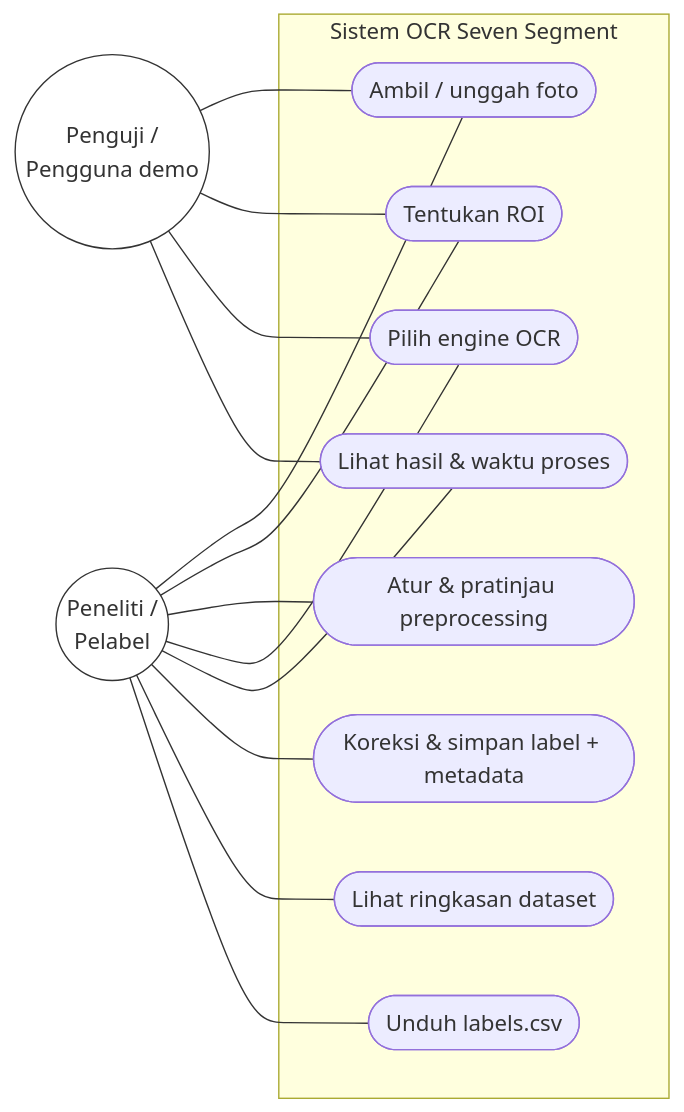
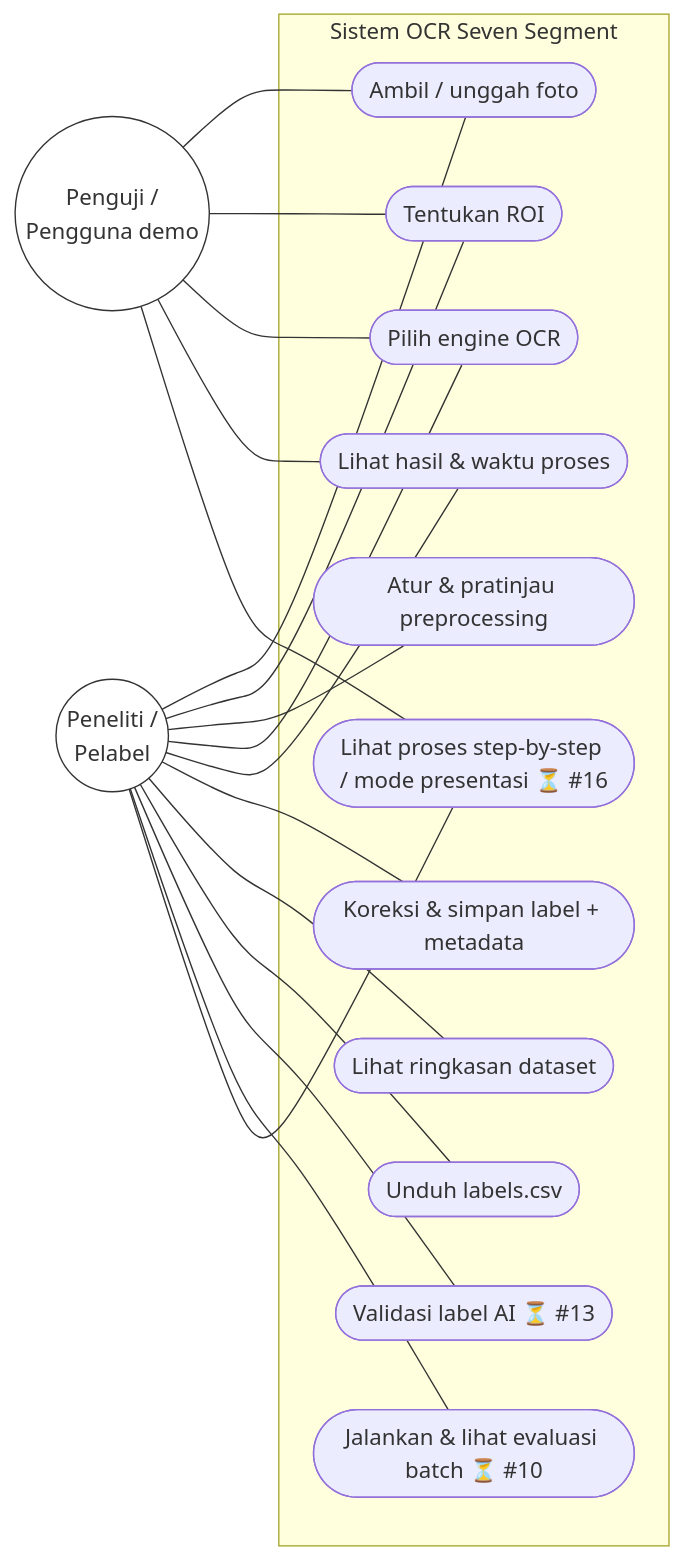
One commit to ikhdannizarmaulana/riset-seven-segment changed the seventh of 7 diagrams in app/README_app.md. Above: the diagram before and after it, drawn with Mermaid. The commit also changed other lines of this file and 9 other files, not shown here.

````diff
--- a/app/README_app.md
+++ b/app/README_app.md
@@ -209,18 +741,21 @@
 ```mermaid
 flowchart LR
   P((Peneliti /<br>Pelabel)):::actor
   U((Penguji /<br>Pengguna demo)):::actor
   subgraph Sistem OCR Seven Segment
     UC1([Ambil / unggah foto])
     UC2([Tentukan ROI])
     UC3([Atur & pratinjau preprocessing])
     UC4([Pilih engine OCR])
     UC5([Lihat hasil & waktu proses])
     UC6([Koreksi & simpan label + metadata])
     UC7([Lihat ringkasan dataset])
     UC8([Unduh labels.csv])
+    UC9(["Validasi label AI ⏳ #13"])
+    UC10(["Jalankan & lihat evaluasi batch ⏳ #10"])
+    UC11(["Lihat proses step-by-step / mode presentasi ⏳ #16"])
   end
-  P --- UC1 & UC2 & UC3 & UC4 & UC5 & UC6 & UC7 & UC8
-  U --- UC1 & UC2 & UC4 & UC5
+  P --- UC1 & UC2 & UC3 & UC4 & UC5 & UC6 & UC7 & UC8 & UC9 & UC10 & UC11
+  U --- UC1 & UC2 & UC4 & UC5 & UC11
   classDef actor fill:#fff,stroke:#333
 ```
````
